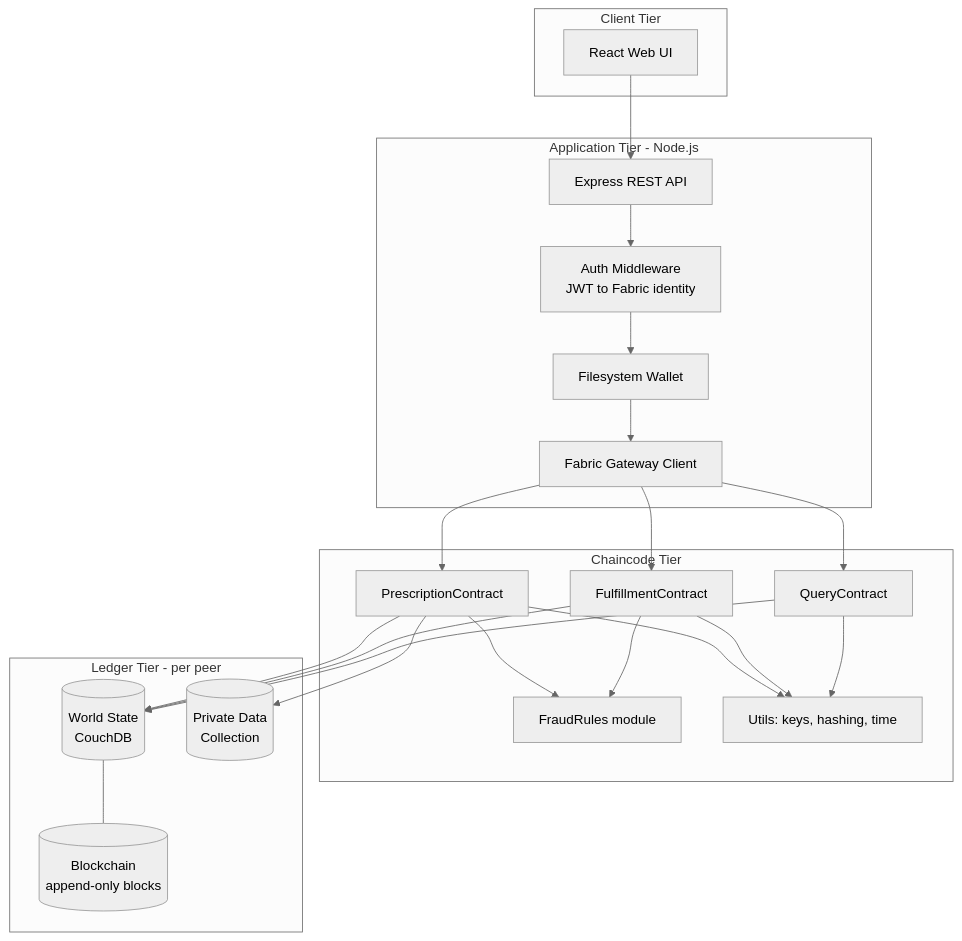
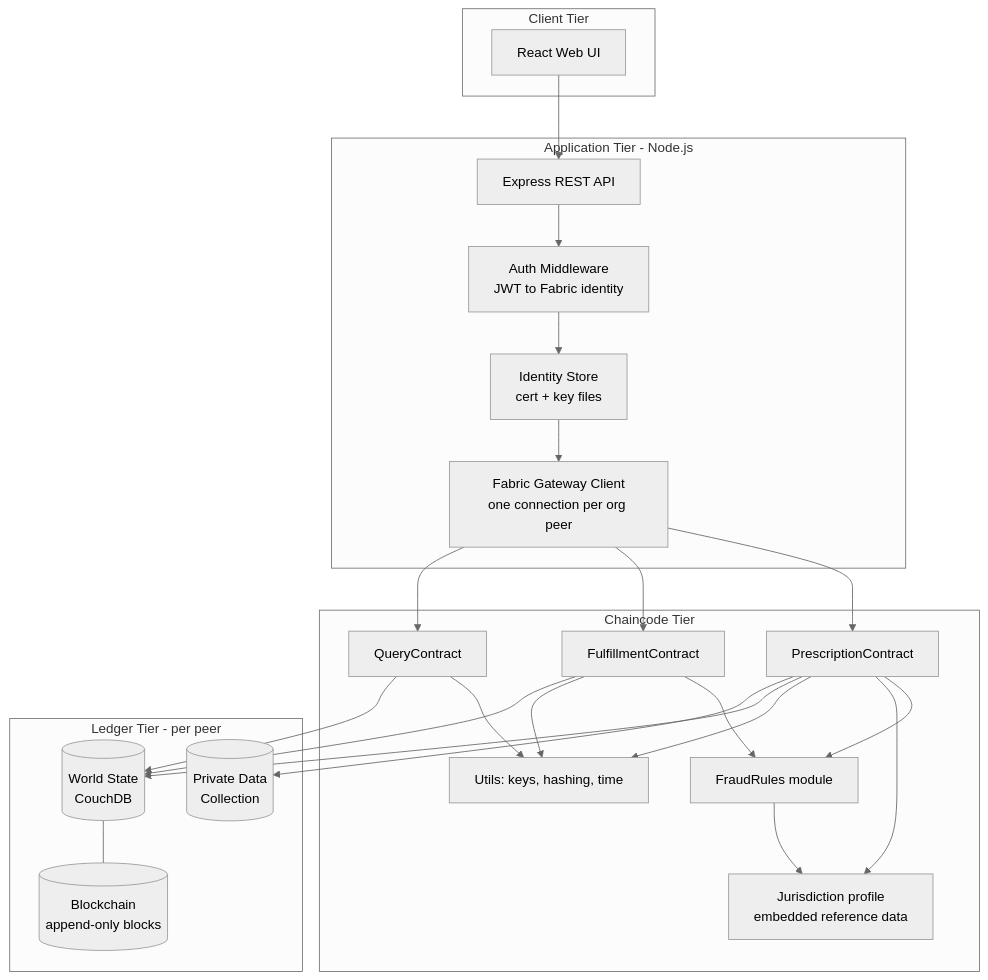
One commit to nithinvin/medledger changed the third of 11 diagrams in docs/design.md. Above: the diagram before and after it, drawn with Mermaid (neutral theme). The commit also changed other lines of this file and 7 other files, not shown here.

````diff
--- a/docs/design.md
+++ b/docs/design.md
@@ -123,45 +146,48 @@
 ```mermaid
 graph TB
     subgraph Client["Client Tier"]
         WUI[React Web UI]
     end
 
     subgraph App["Application Tier - Node.js"]
         REST[Express REST API]
         AUTH[Auth Middleware<br/>JWT to Fabric identity]
-        WALLET[Filesystem Wallet]
-        GW[Fabric Gateway Client]
+        WALLET[Identity Store<br/>cert + key files]
+        GW[Fabric Gateway Client<br/>one connection per org peer]
     end
 
     subgraph Chain["Chaincode Tier"]
         PC[PrescriptionContract]
         FC[FulfillmentContract]
         QC[QueryContract]
         FR[FraudRules module]
+        REF[Jurisdiction profile<br/>embedded reference data]
         UT[Utils: keys, hashing, time]
     end
 
     subgraph Ledger["Ledger Tier - per peer"]
         BC[(Blockchain<br/>append-only blocks)]
         WS[(World State<br/>CouchDB)]
         PDC[(Private Data<br/>Collection)]
     end
 
     WUI --> REST
     REST --> AUTH
     AUTH --> WALLET
     WALLET --> GW
     GW --> PC
     GW --> FC
     GW --> QC
     PC --> FR
     FC --> FR
+    FR --> REF
+    PC --> REF
     PC --> UT
     FC --> UT
     QC --> UT
     PC --> WS
     FC --> WS
     QC --> WS
     PC --> PDC
     WS --- BC
 ```
````
